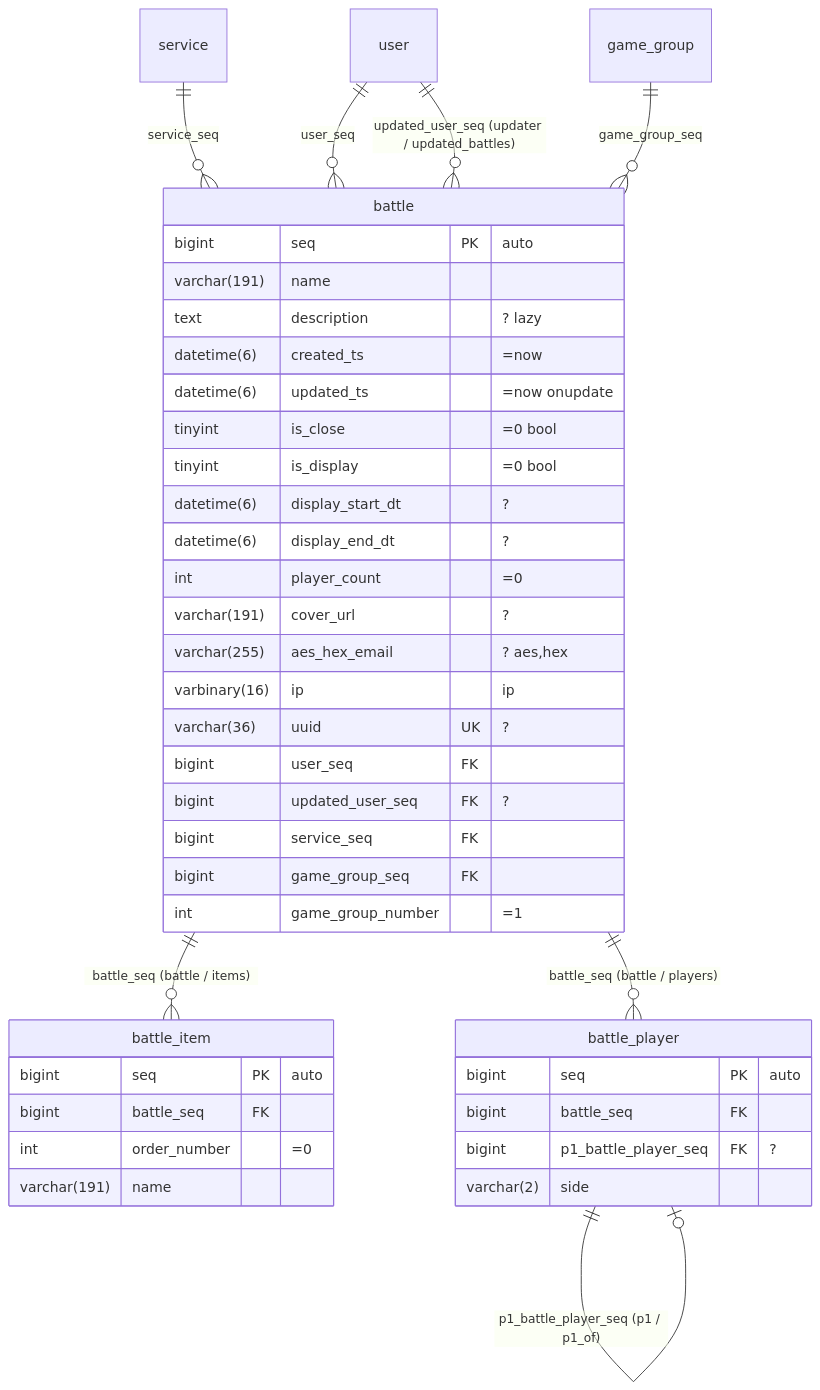
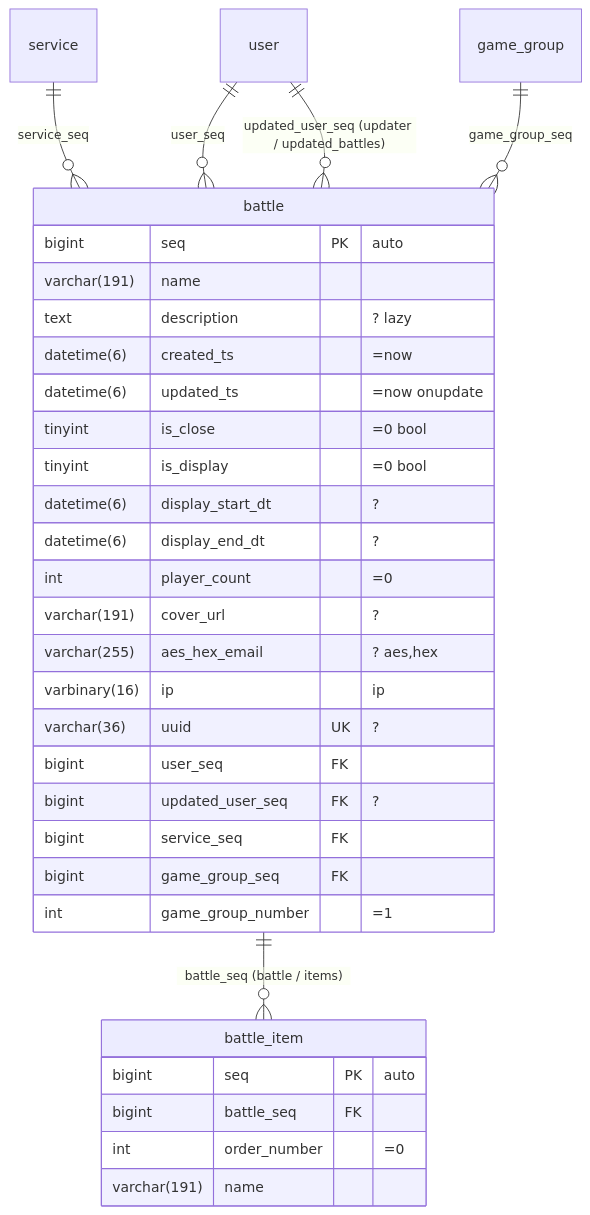
One commit to polyspec/orm changed the diagram in docs/schema.ko.md. Above: the diagram before and after it, drawn with Mermaid. The commit also changed other lines of this file and 571 other files, not shown here.

````diff
--- a/docs/schema.ko.md
+++ b/docs/schema.ko.md
@@ -9,49 +8,40 @@
 ```mermaid
 erDiagram
   battle {
     bigint       seq                 PK  "auto"
     varchar(191) name
     text         description             "? lazy"
     datetime(6)  created_ts              "=now"
     datetime(6)  updated_ts              "=now onupdate"
     tinyint      is_close                "=0 bool"
     tinyint      is_display              "=0 bool"
     datetime(6)  display_start_dt        "?"
     datetime(6)  display_end_dt          "?"
     int          player_count            "=0"
     varchar(191) cover_url               "?"
     varchar(255) aes_hex_email           "? aes,hex"
     varbinary(16) ip                     "ip"
     varchar(36)  uuid                UK  "?"
     bigint       user_seq            FK
     bigint       updated_user_seq    FK  "?"
     bigint       service_seq         FK
     bigint       game_group_seq      FK
     int          game_group_number       "=1"
   }
   battle_item {
     bigint  seq          PK "auto"
     bigint  battle_seq   FK
     int     order_number    "=0"
     varchar(191) name
   }
-  battle_player {
-    bigint  seq                   PK "auto"
-    bigint  battle_seq            FK
-    bigint  p1_battle_player_seq  FK "?"
-    varchar(2) side
-  }
 
   service       ||--o{ battle        : service_seq
   user          ||--o{ battle        : user_seq
   user          ||--o{ battle        : "updated_user_seq (updater / updated_battles)"
   game_group    ||--o{ battle        : game_group_seq
   battle        ||--o{ battle_item   : "battle_seq (battle / items)"
-  battle        ||--o{ battle_player : "battle_seq (battle / players)"
-  battle_player ||--o| battle_player : "p1_battle_player_seq (p1 / p1_of)"
 
   %% unique   battle (game_group_seq, game_group_number)
-  %% index    battle (service_seq, is_close)              ik
+  %% index    battle (service_seq, is_close)              ix_service
   %% fulltext battle (name, description)
-  %% scope battle service_seq
 ```
````
